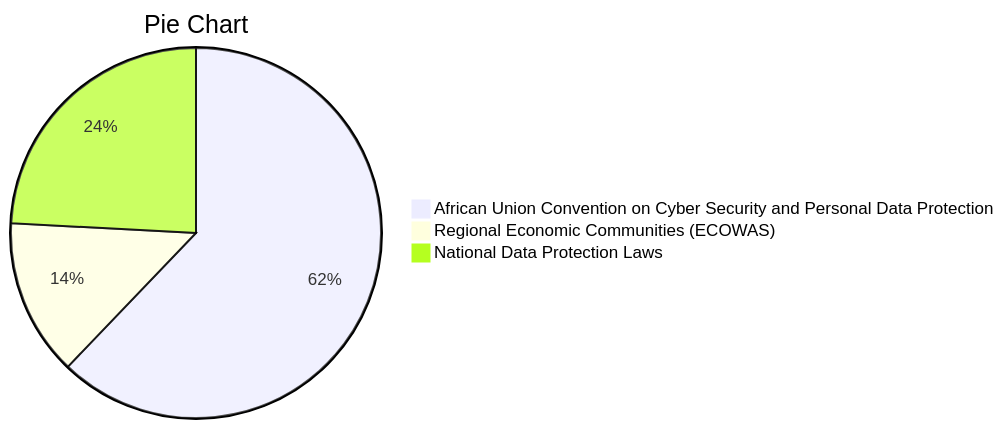
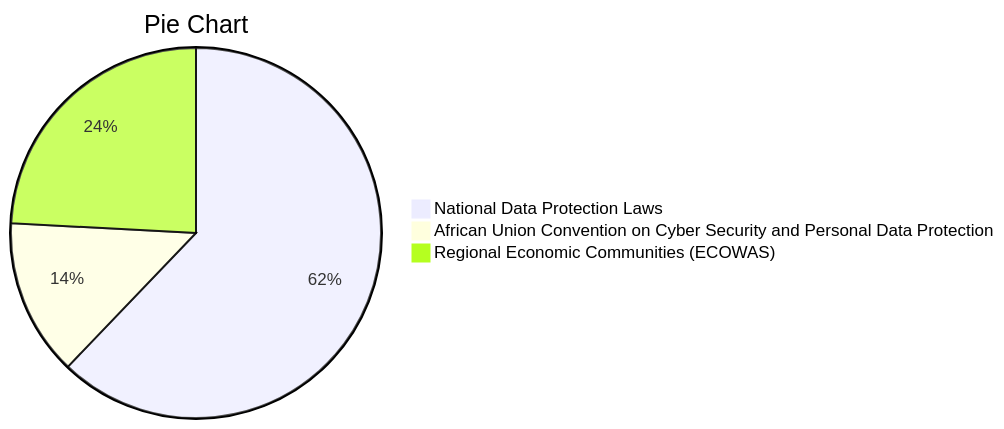
One commit to aovabo/blogger changed the diagram in testdata/posts/first.md. Above: the diagram before and after it, drawn with Mermaid.

````diff
--- a/testdata/posts/first.md
+++ b/testdata/posts/first.md
@@ -8,7 +8,7 @@
 ```mermaid
 pie
     title Pie Chart
-    "African Union Convention on Cyber Security and Personal Data Protection" : 386
-    "Regional Economic Communities (ECOWAS)" : 85
-    "National Data Protection Laws" : 150 
+    "National Data Protection Laws" : 386
+    "African Union Convention on Cyber Security and Personal Data Protection" : 85
+    "Regional Economic Communities (ECOWAS)" : 150 
 ```
````
